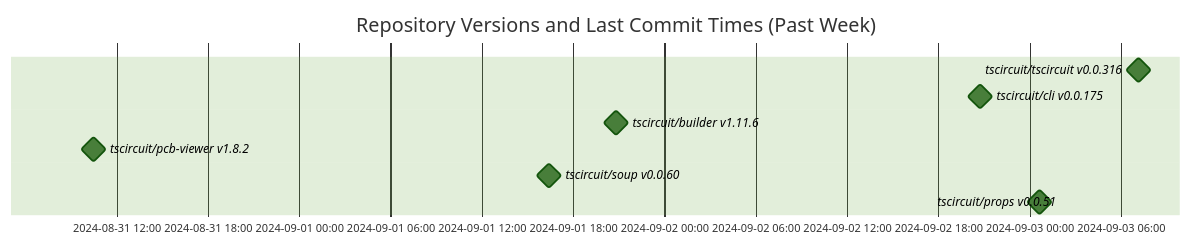
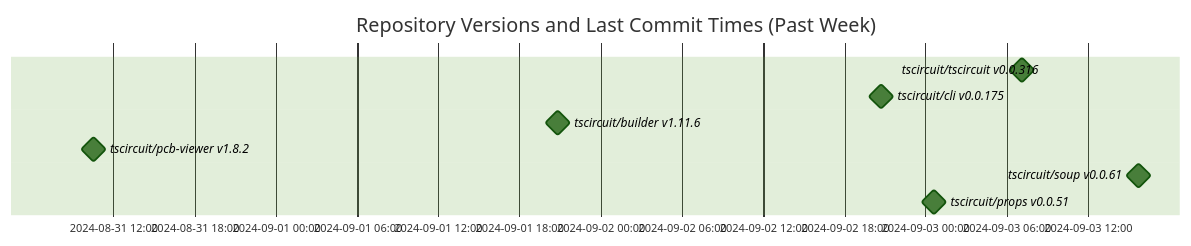
The diagram in README.md (tscircuit/version-tracker), drawn with Mermaid (forest theme) before and after one commit.

Commit message:
Update chart

````diff
--- a/README.md
+++ b/README.md
@@ -1,13 +1,13 @@
 ```mermaid
 gantt
   dateFormat  YYYY-MM-DD HH:mm:ss
   title Repository Versions and Last Commit Times (Past Week)
   axisFormat %Y-%m-%d %H:%M
 
   tscircuit/tscircuit v0.0.316 : milestone, 2024-09-03 07:07:11, 1s
   tscircuit/cli v0.0.175 : milestone, 2024-09-02 20:42:15, 1s
   tscircuit/builder v1.11.6 : milestone, 2024-09-01 20:47:46, 1s
   tscircuit/pcb-viewer v1.8.2 : milestone, 2024-08-31 10:30:56, 1s
-  tscircuit/soup v0.0.60 : milestone, 2024-09-01 16:26:30, 1s
+  tscircuit/soup v0.0.61 : milestone, 2024-09-03 15:44:43, 1s
   tscircuit/props v0.0.51 : milestone, 2024-09-03 00:38:45, 1s
 ```
````
